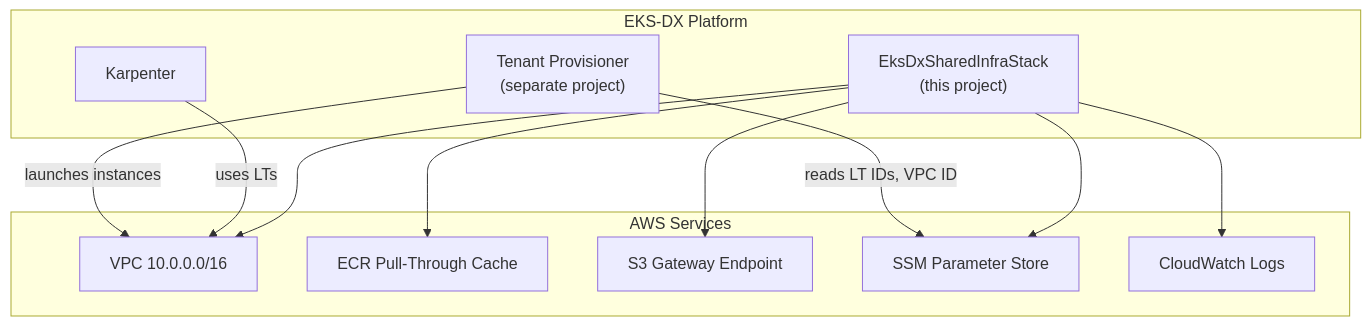
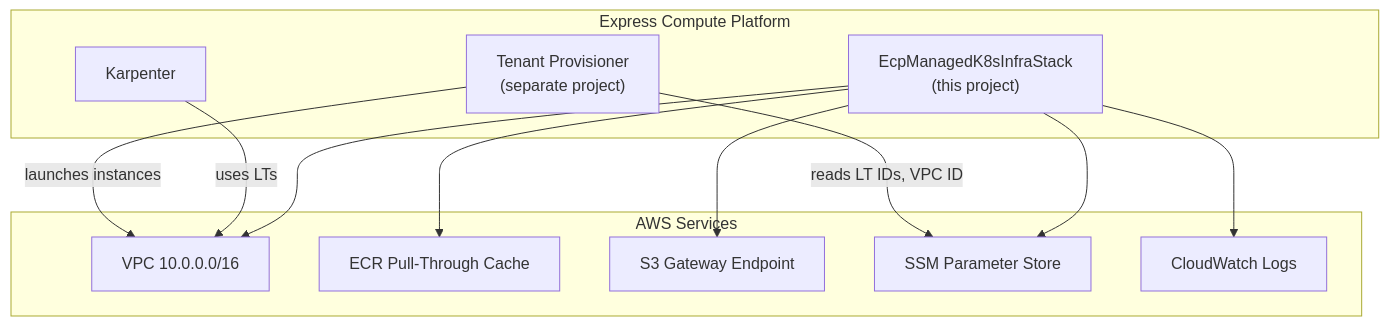
One commit to codriverlabs/express-compute-managed-k8s-infra changed the first of 3 diagrams in .agents/summary/architecture.md. Above: the diagram before and after it, drawn with Mermaid. The commit also changed 16 other files, not shown here.

First line of the commit message:
refactor: rebrand to Express Compute Managed K8s Infra

````diff
--- a/.agents/summary/architecture.md
+++ b/.agents/summary/architecture.md
@@ -5,26 +5,26 @@
 ```mermaid
 graph TB
-    subgraph "EKS-DX Platform"
-        INFRA["EksDxSharedInfraStack<br/>(this project)"]
+    subgraph "Express Compute Platform"
+        INFRA["EcpManagedK8sInfraStack<br/>(this project)"]
         TENANT["Tenant Provisioner<br/>(separate project)"]
         KARPENTER["Karpenter"]
     end
 
     subgraph "AWS Services"
         VPC["VPC 10.0.0.0/16"]
         ECR["ECR Pull-Through Cache"]
         S3EP["S3 Gateway Endpoint"]
         SSM["SSM Parameter Store"]
         CW["CloudWatch Logs"]
     end
 
     INFRA --> VPC
     INFRA --> ECR
     INFRA --> S3EP
     INFRA --> SSM
     INFRA --> CW
 
     TENANT -->|reads LT IDs, VPC ID| SSM
     KARPENTER -->|uses LTs| VPC
     TENANT -->|launches instances| VPC
 ```
````
